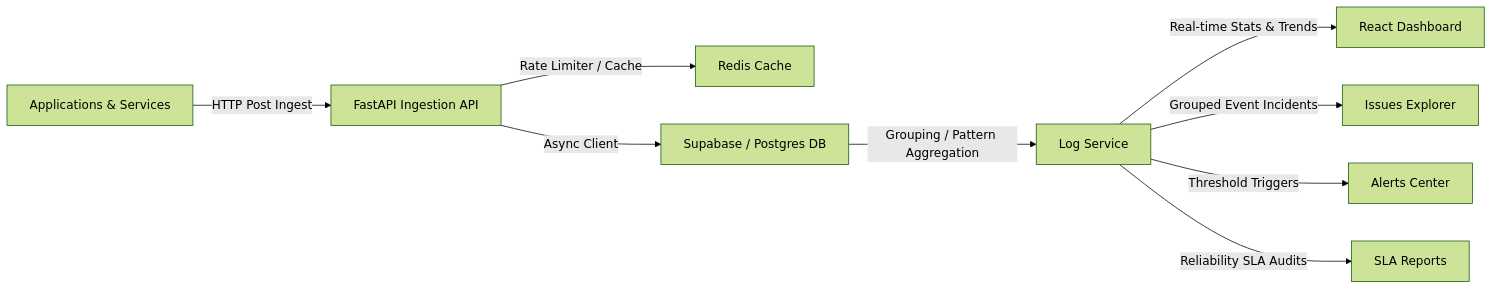
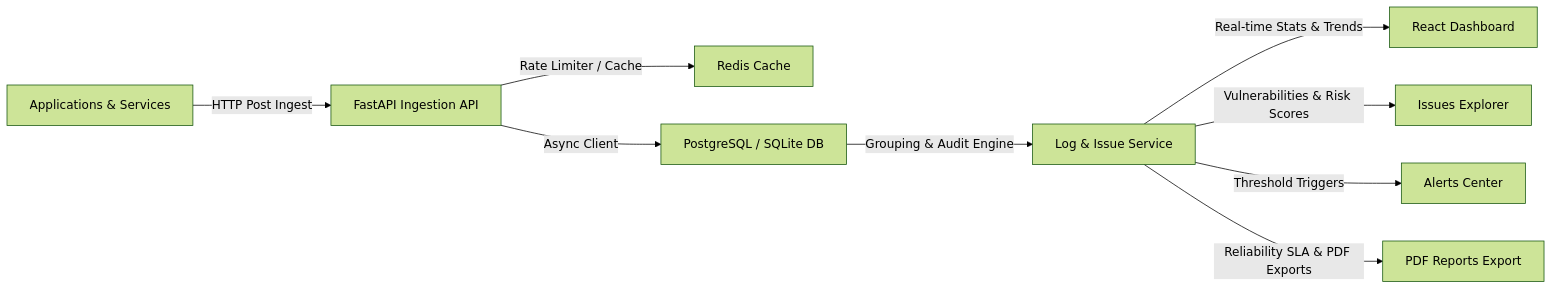
The diagram in README.md (AD-Technology-Inc/Sentry), drawn with Mermaid (forest theme) before and after one commit. The commit also changed other lines of this file, not shown here.

Commit message:
Update README.md (with reliability audit)

````diff
--- a/README.md
+++ b/README.md
@@ -9,11 +9,11 @@
 ```mermaid
 flowchart LR
     A[Applications & Services] -->|HTTP Post Ingest| B[FastAPI Ingestion API]
     B -->|Rate Limiter / Cache| C[Redis Cache]
-    B -->|Async Client| D[Supabase / Postgres DB]
-    D -->|Grouping / Pattern Aggregation| E[Log Service]
+    B -->|Async Client| D[PostgreSQL / SQLite DB]
+    D -->|Grouping & Audit Engine| E[Log & Issue Service]
     E -->|Real-time Stats & Trends| F[React Dashboard]
-    E -->|Grouped Event Incidents| G[Issues Explorer]
+    E -->|Vulnerabilities & Risk Scores| G[Issues Explorer]
     E -->|Threshold Triggers| H[Alerts Center]
-    E -->|Reliability SLA Audits| I[SLA Reports]
+    E -->|Reliability SLA & PDF Exports| I[PDF Reports Export]
 ```
````
